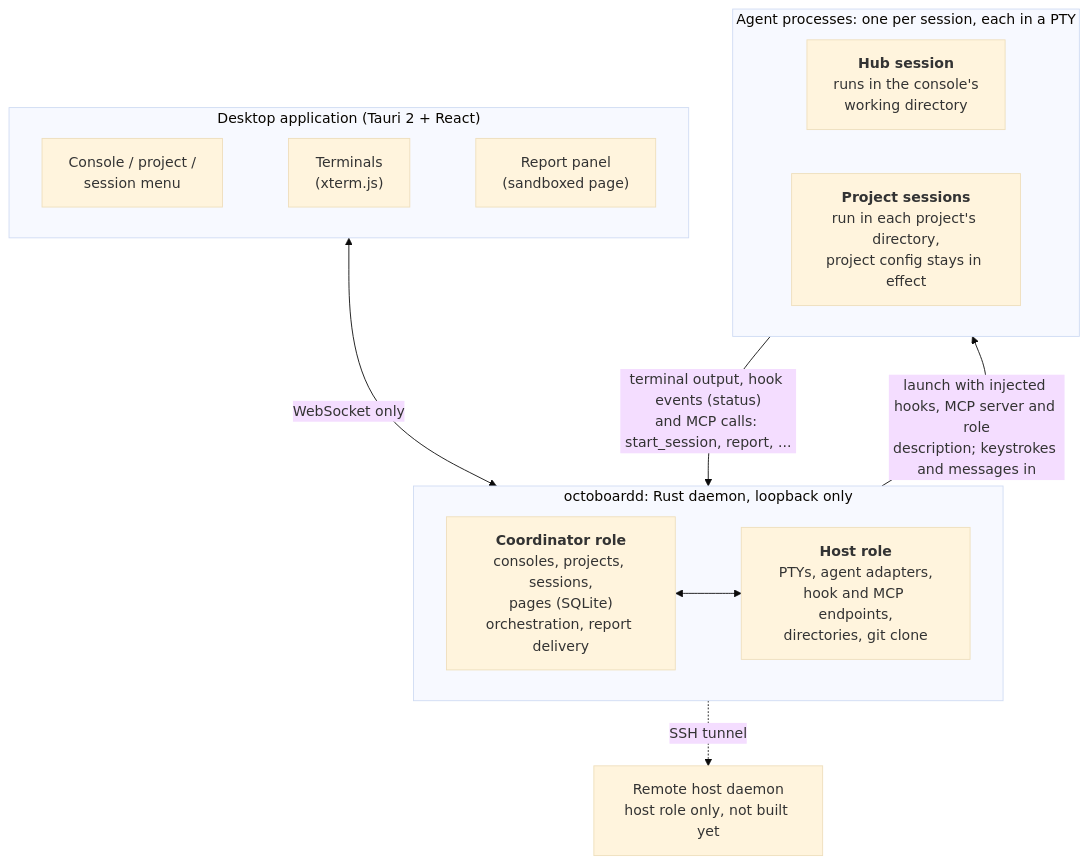
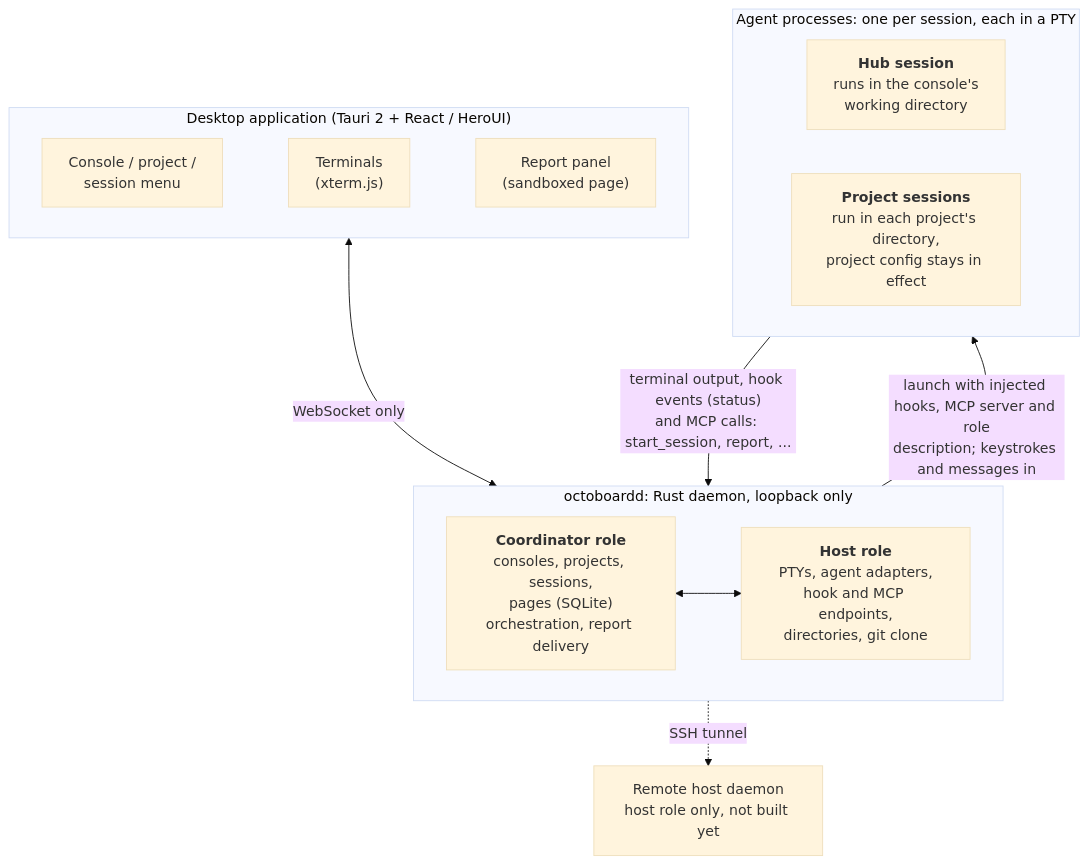
Before and after one commit to baijunjie/octoboard: the diagram in README.md, drawn with Mermaid (base theme). The commit also changed 82 other files, not shown here.

First line of the commit message:
feat(ui): finish the HeroUI UI and run it in the desktop application

````diff
--- a/README.md
+++ b/README.md
@@ -38,30 +38,30 @@
 ```mermaid
 flowchart TB
-    subgraph App["Desktop application (Tauri 2 + React)"]
+    subgraph App["Desktop application (Tauri 2 + React / HeroUI)"]
         direction LR
         Menu["Console / project /<br/>session menu"]
         Term["Terminals<br/>(xterm.js)"]
         Panel["Report panel<br/>(sandboxed page)"]
         Menu ~~~ Term ~~~ Panel
     end
 
     subgraph Daemon["octoboardd: Rust daemon, loopback only"]
         direction LR
         Coord["<b>Coordinator role</b><br/>consoles, projects, sessions,<br/>pages (SQLite)<br/>orchestration, report delivery"]
         Host["<b>Host role</b><br/>PTYs, agent adapters,<br/>hook and MCP endpoints,<br/>directories, git clone"]
         Coord <--> Host
     end
 
     subgraph Agents["Agent processes: one per session, each in a PTY"]
         direction LR
         Hub["<b>Hub session</b><br/>runs in the console's<br/>working directory"]
         Work["<b>Project sessions</b><br/>run in each project's directory,<br/>project config stays in effect"]
     end
 
     Remote["Remote host daemon<br/>host role only, not built yet"]
 
     App <-->|"WebSocket only"| Daemon
     Daemon -->|"launch with injected hooks, MCP server and role<br/>description; keystrokes and messages in"| Agents
     Agents -->|"terminal output, hook events (status)<br/>and MCP calls: start_session, report, ..."| Daemon
     Daemon -.->|"SSH tunnel"| Remote
 ```
````
